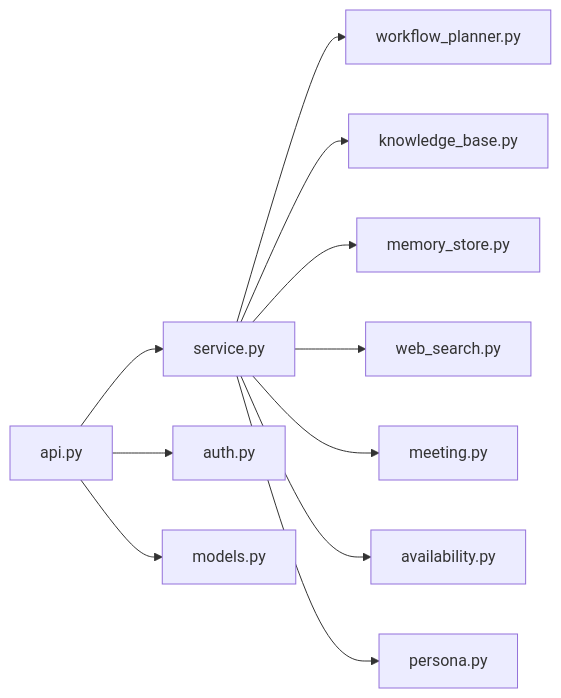
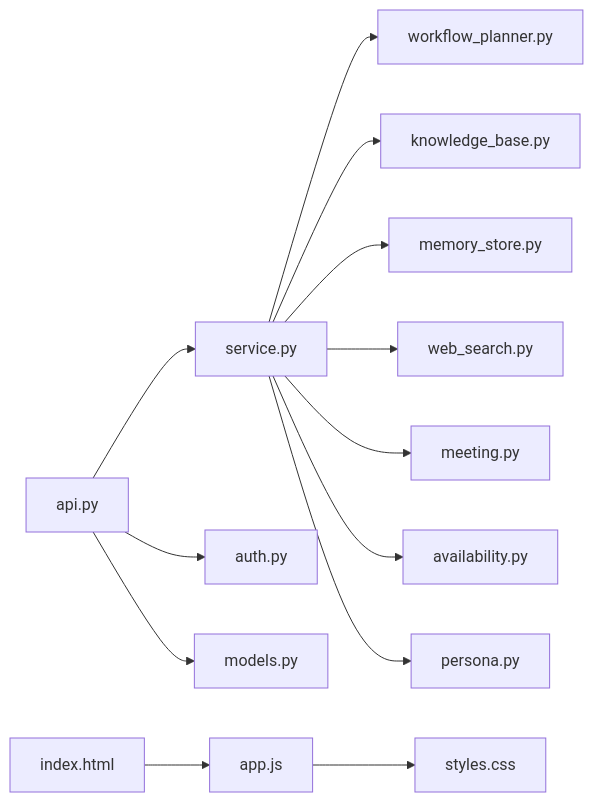
Before and after one commit to intellistream/sage-mate: diagram 13 of 13 in .qoder/repowiki/en/content/Project Overview/Key Features.md, drawn with Mermaid. The commit also changed other lines of this file and 60 other files, not shown here.

````diff
--- a/.qoder/repowiki/en/content/Project Overview/Key Features.md
+++ b/.qoder/repowiki/en/content/Project Overview/Key Features.md
@@ -340,13 +449,15 @@
 ```mermaid
 graph LR
 API["api.py"] --> Service["service.py"]
 Service --> Planner["workflow_planner.py"]
 Service --> Knowledge["knowledge_base.py"]
 Service --> Memory["memory_store.py"]
 Service --> Web["web_search.py"]
 Service --> Meet["meeting.py"]
 Service --> Avail["availability.py"]
 Service --> Persona["persona.py"]
 API --> Auth["auth.py"]
 API --> Models["models.py"]
+UI["index.html"] --> AppJS["app.js"]
+AppJS --> Styles["styles.css"]
 ```
````
